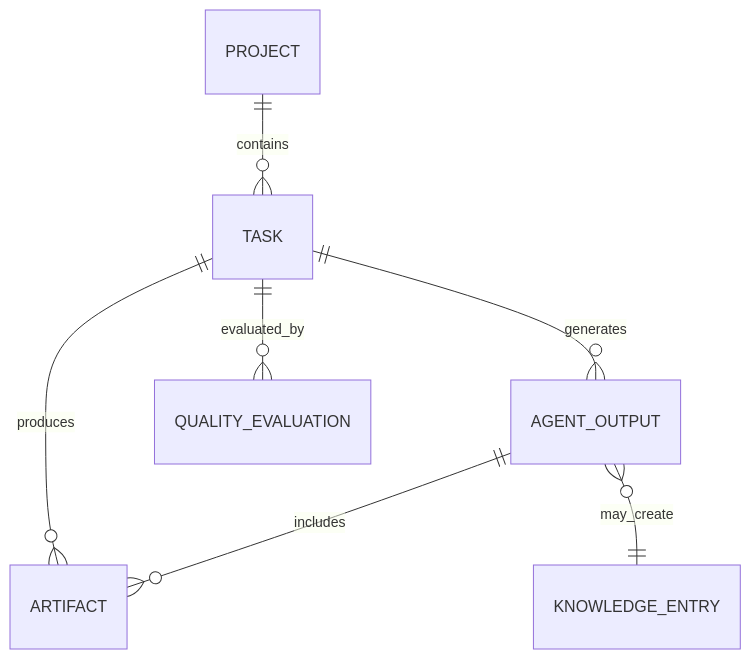
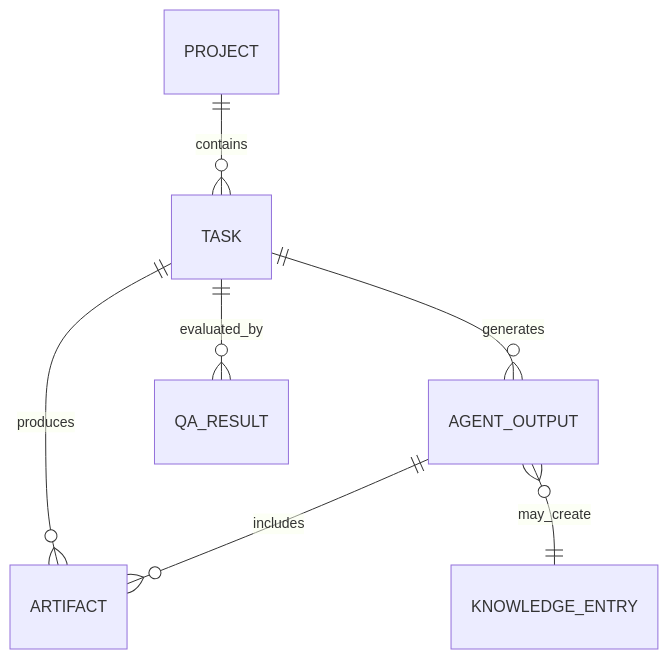
One commit to Kartheek-3/SEAM changed the diagram in docs/09_data_models.md. Above: the diagram before and after it, drawn with Mermaid. The commit also changed other lines of this file and 11 other files, not shown here.

````diff
--- a/docs/09_data_models.md
+++ b/docs/09_data_models.md
@@ -221,9 +238,9 @@
 ```mermaid
 erDiagram
     PROJECT ||--o{ TASK : contains
     TASK ||--o{ ARTIFACT : produces
     TASK ||--o{ AGENT_OUTPUT : generates
     AGENT_OUTPUT ||--o{ ARTIFACT : includes
-    TASK ||--o{ QUALITY_EVALUATION : evaluated_by
+    TASK ||--o{ QA_RESULT : evaluated_by
     AGENT_OUTPUT }o--|| KNOWLEDGE_ENTRY : may_create
 ```
````
